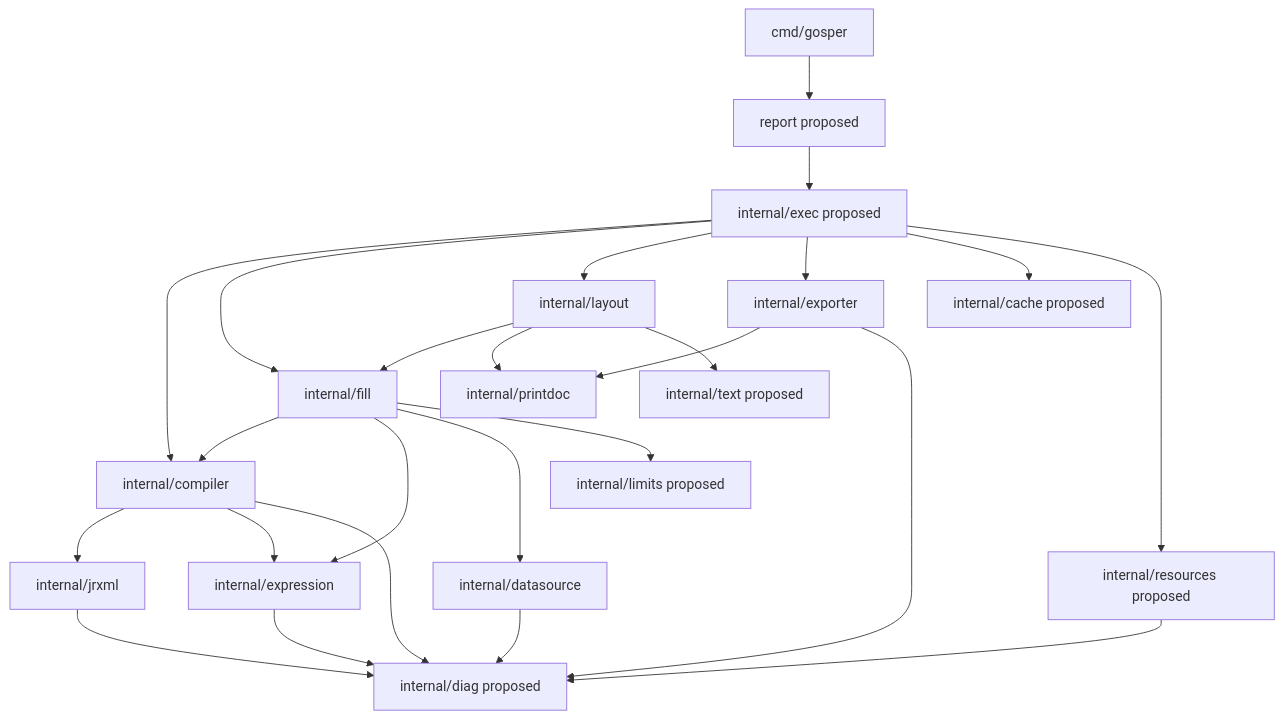
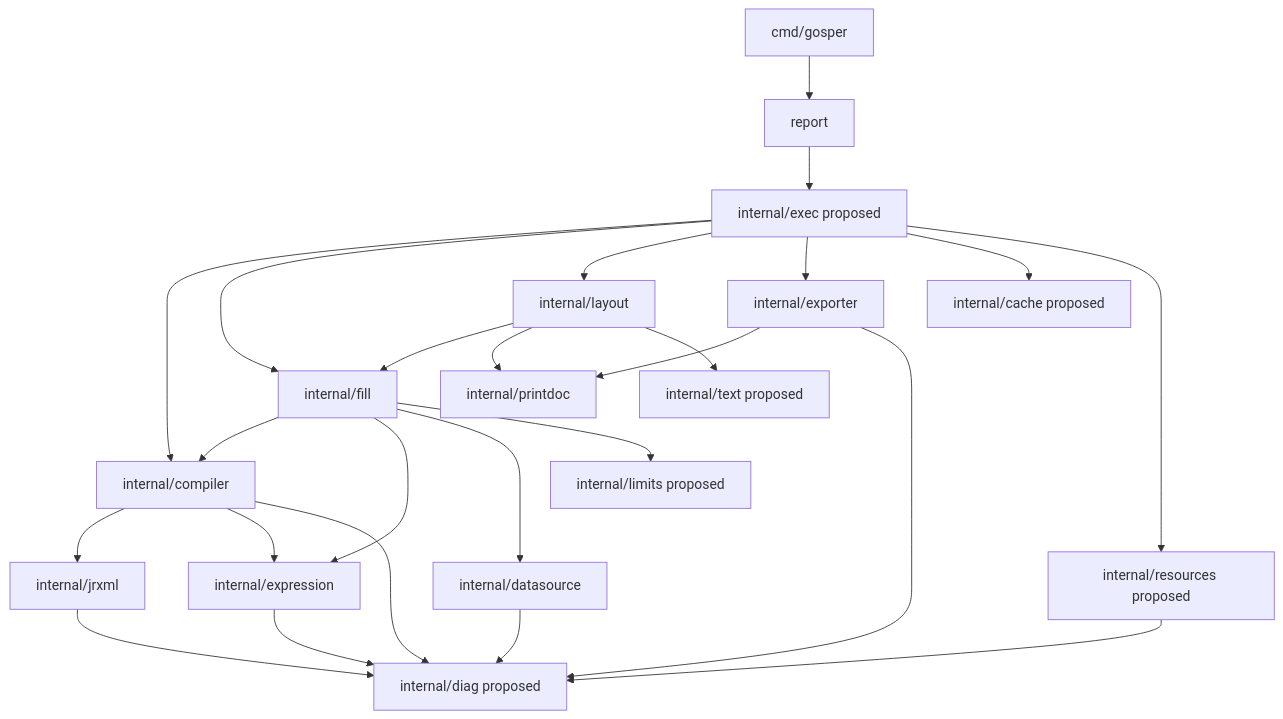
The first of 2 diagrams in docs/architecture/package-boundaries.md (roksky/gosper), drawn with Mermaid before and after one commit. The commit also changed other lines of this file and 11 other files, not shown here.

````diff
--- a/docs/architecture/package-boundaries.md
+++ b/docs/architecture/package-boundaries.md
@@ -24,28 +24,28 @@
 ```mermaid
 flowchart TD
-    CLI[cmd/gosper] --> API[report proposed]
+    CLI[cmd/gosper] --> API[report]
     API --> EXEC[internal/exec proposed]
     EXEC --> CMP[internal/compiler]
     EXEC --> FILL[internal/fill]
     EXEC --> LAY[internal/layout]
     EXEC --> OUT[internal/exporter]
     EXEC --> CACHE[internal/cache proposed]
     EXEC --> RES[internal/resources proposed]
 
     CMP --> JRX[internal/jrxml]
     CMP --> EXP[internal/expression]
     CMP --> DIAG[internal/diag proposed]
     JRX --> DIAG
     EXP --> DIAG
     DAT[internal/datasource] --> DIAG
     FILL --> CMP
     FILL --> EXP
     FILL --> DAT
     FILL --> LIM[internal/limits proposed]
     LAY --> FILL
     LAY --> PRT[internal/printdoc]
     LAY --> TXT[internal/text proposed]
     OUT --> PRT
     RES --> DIAG
     OUT --> DIAG
 ```
````
